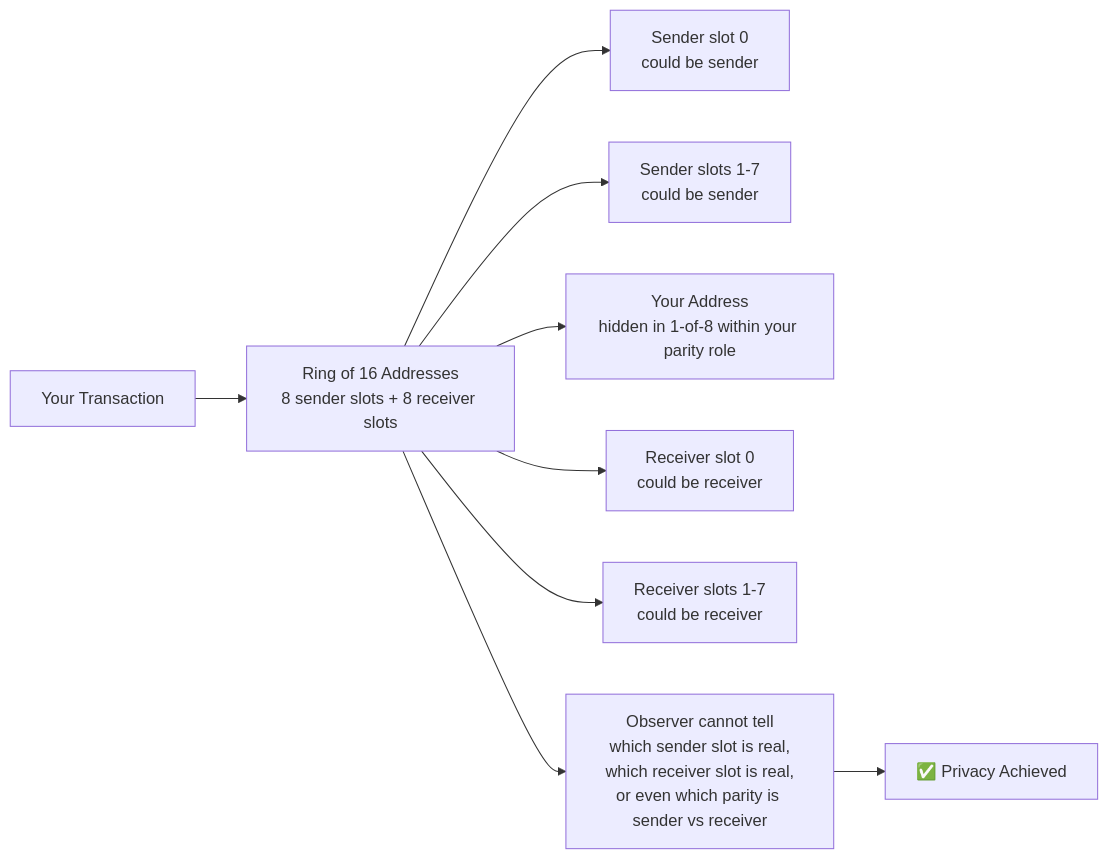
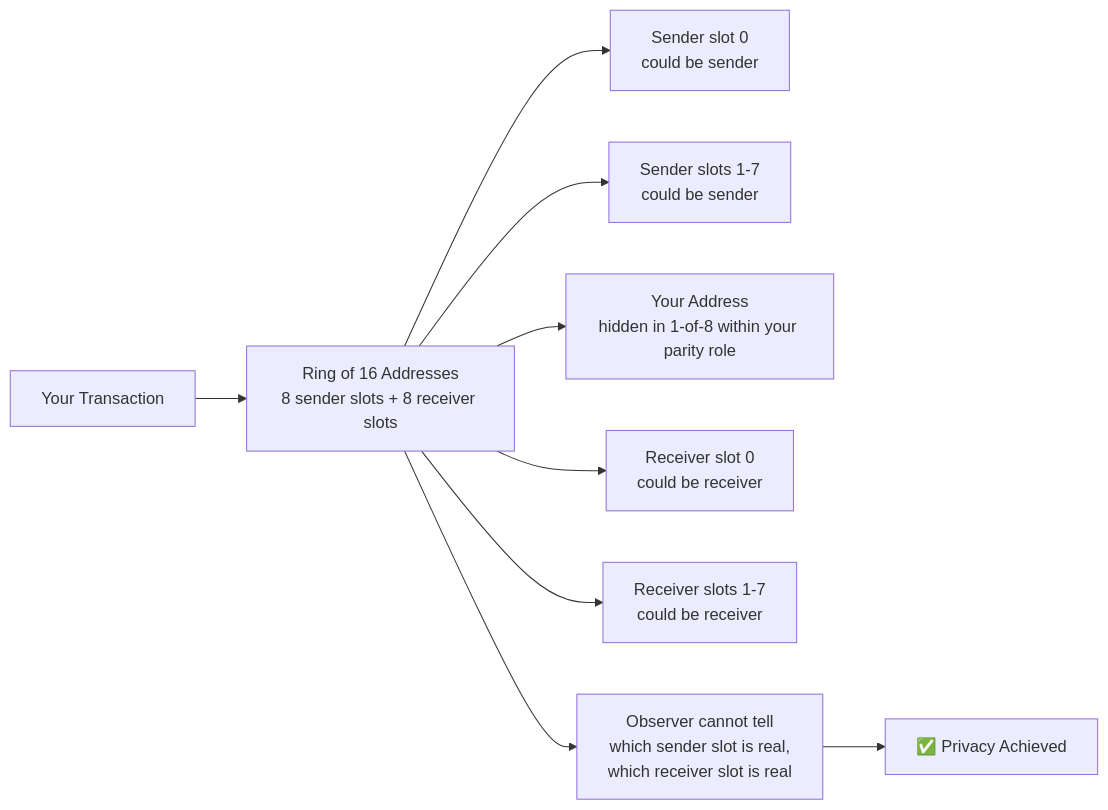
One commit to DHEBP/dero-docs changed the first of 3 diagrams in derod-main/pages/privacy/payload-proofs.mdx. Above: the diagram before and after it, drawn with Mermaid. The commit also changed other lines of this file and 4 other files, not shown here.

````diff
--- a/derod-main/pages/privacy/payload-proofs.mdx
+++ b/derod-main/pages/privacy/payload-proofs.mdx
@@ -35,12 +35,12 @@
 ```mermaid
 graph LR
     U[Your Transaction] --> R[Ring of 16 Addresses<br/>8 sender slots + 8 receiver slots]
     R --> S0[Sender slot 0<br/>could be sender]
     R --> S1[Sender slots 1-7<br/>could be sender]
     R --> YOU[Your Address<br/>hidden in 1-of-8 within your parity role]
     R --> R0[Receiver slot 0<br/>could be receiver]
     R --> R1[Receiver slots 1-7<br/>could be receiver]
     
-    R --> P[Observer cannot tell<br/>which sender slot is real,<br/>which receiver slot is real,<br/>or even which parity is sender vs receiver]
+    R --> P[Observer cannot tell<br/>which sender slot is real,<br/>which receiver slot is real]
     P --> PR[✅ Privacy Achieved]
 ```
````
